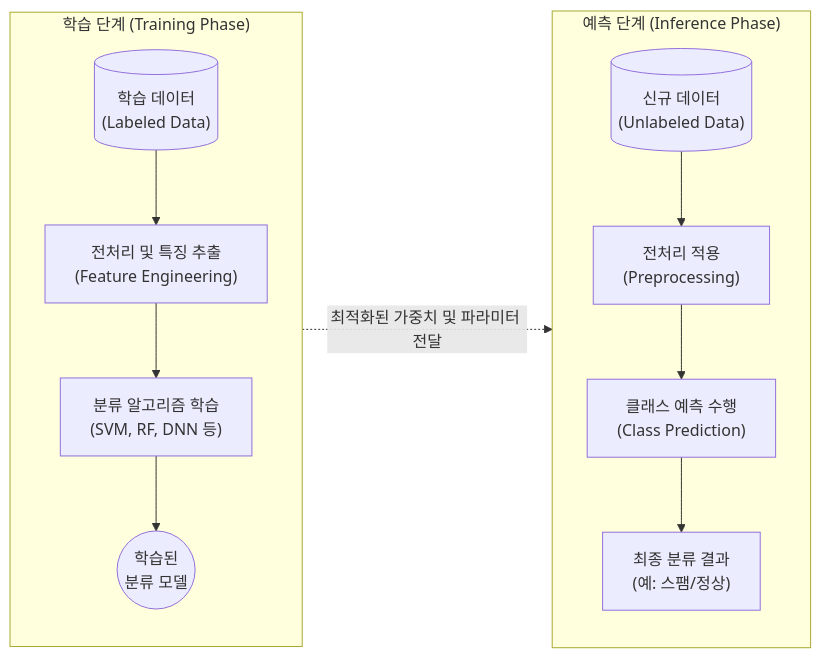
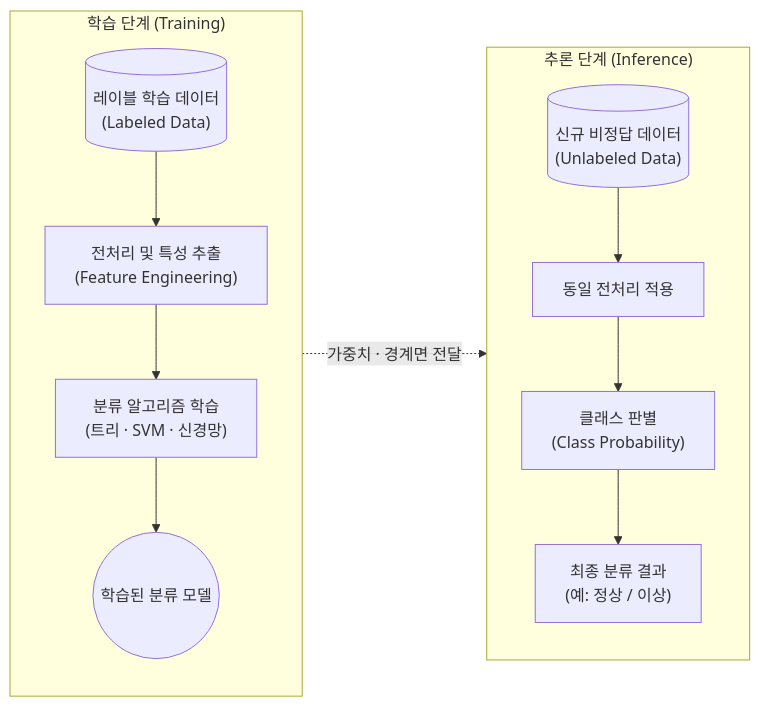
The diagram in content/01_IT Tech/분류화.md (supremethumb/supremethumb.github.io), drawn with Mermaid before and after one commit. The commit also changed other lines of this file and 362 other files, not shown here.

````diff
--- a/content/01_IT Tech/분류화.md
+++ b/content/01_IT Tech/분류화.md
@@ -27,25 +36,24 @@
 ```mermaid
 flowchart LR
-    subgraph Training ["학습 단계 (Training Phase)"]
+    subgraph Train ["학습 단계 (Training)"]
         direction TB
-        TD[("학습 데이터<br/>(Labeled Data)")]
-        Pre1["전처리 및 특징 추출<br/>(Feature Engineering)"]
-        Algo["분류 알고리즘 학습<br/>(SVM, RF, DNN 등)"]
-        Model(("학습된<br/>분류 모델"))
+        TD[("레이블 학습 데이터<br/>(Labeled Data)")]
+        FE["전처리 및 특성 추출<br/>(Feature Engineering)"]
+        Algo["분류 알고리즘 학습<br/>(트리 · SVM · 신경망)"]
+        Model(("학습된 분류 모델"))
 
-        TD --> Pre1 --> Algo --> Model
+        TD --> FE --> Algo --> Model
     end
 
-    subgraph Inference ["예측 단계 (Inference Phase)"]
+    subgraph Infer ["추론 단계 (Inference)"]
         direction TB
-        ND[("신규 데이터<br/>(Unlabeled Data)")]
-        Pre2["전처리 적용<br/>(Preprocessing)"]
-        Pred["클래스 예측 수행<br/>(Class Prediction)"]
-        Result["최종 분류 결과<br/>(예: 스팸/정상)"]
+        ND[("신규 비정답 데이터<br/>(Unlabeled Data)")]
+        PP["동일 전처리 적용"]
+        Pred["클래스 판별<br/>(Class Probability)"]
+        Out["최종 분류 결과<br/>(예: 정상 / 이상)"]
 
-        ND --> Pre2 --> Pred --> Result
+        ND --> PP --> Pred --> Out
     end
 
-    Model -.->|"최적화된 가중치 및 파라미터 전달"| Pred
-
+    Model -. "가중치 · 경계면 전달" .-> Pred
 ```
````
